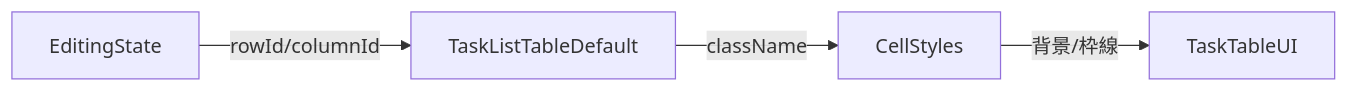
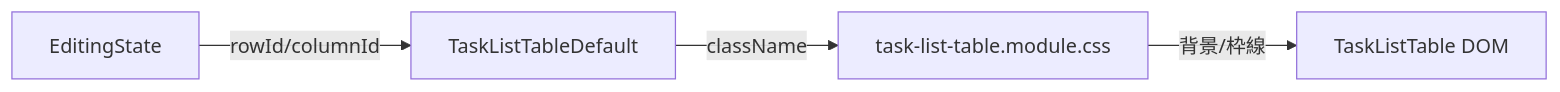
One commit to LevelCapTech/gantt-task-react-custom changed the diagram in .github/copilot/plans/109-task-table-cell-highlight.md. Above: the diagram before and after it, drawn with Mermaid. The commit also changed other lines of this file, not shown here.

Commit message:
fix: 設計 plan の補足整理
Mermaid 図と行クラスの説明を更新し
アウトライン確認条件を明確化する

````diff
--- a/.github/copilot/plans/109-task-table-cell-highlight.md
+++ b/.github/copilot/plans/109-task-table-cell-highlight.md
@@ -30,6 +30,6 @@
     ```mermaid
     flowchart LR
       EditingState -->|rowId/columnId| TaskListTableDefault
-      TaskListTableDefault -->|className| CellStyles
-      CellStyles -->|背景/枠線| TaskTableUI
+      TaskListTableDefault -->|className| taskListTableModule[task-list-table.module.css]
+      taskListTableModule -->|背景/枠線| TaskListTableDOM[TaskListTable DOM]
     ```
````
